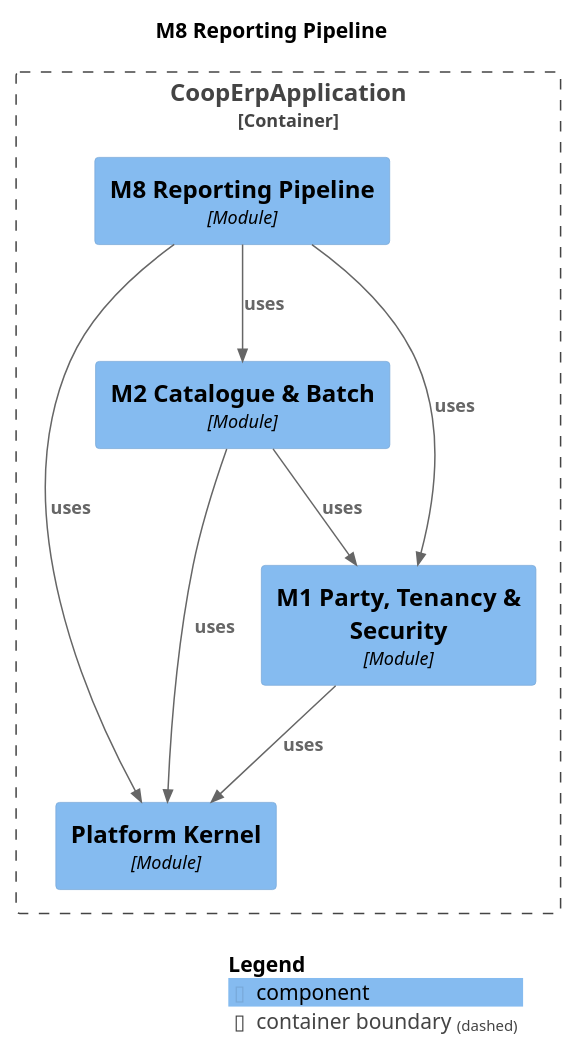
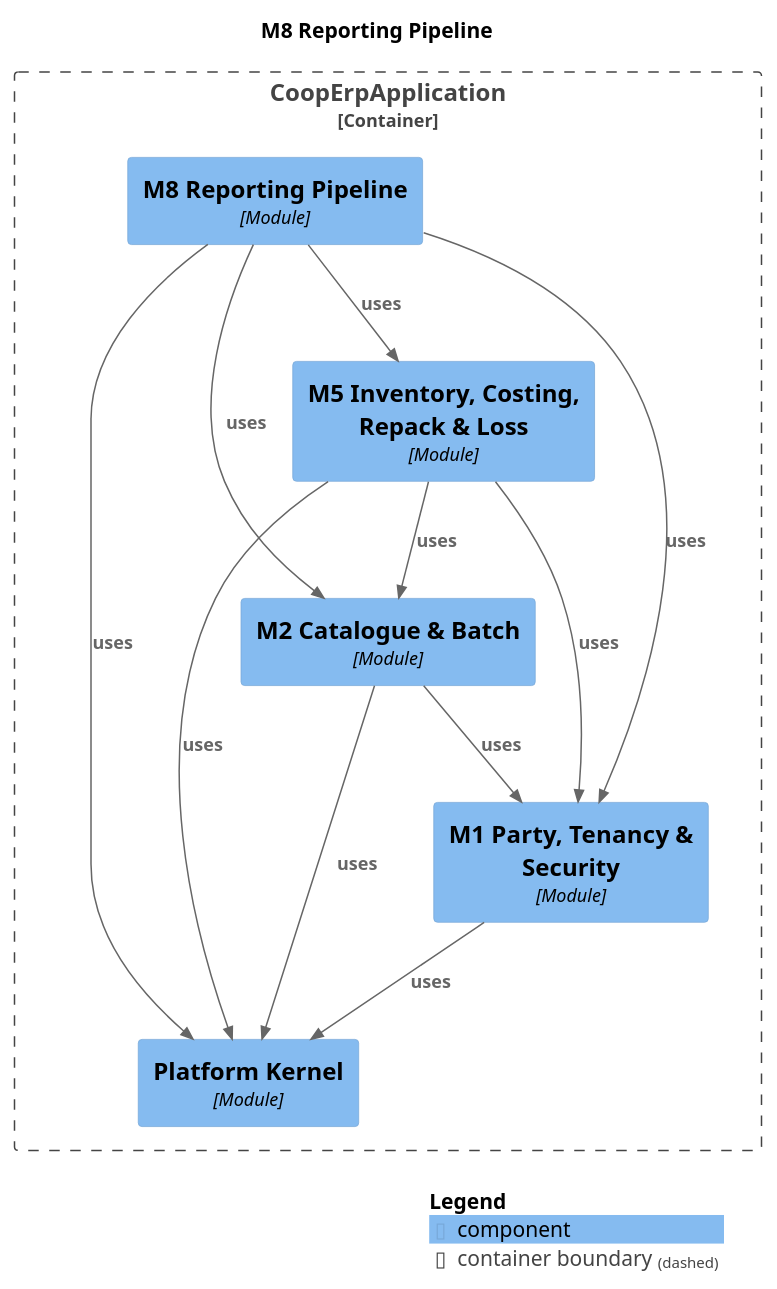
One commit to Knoweb/COOP_ERP changed the diagram in docs/modules/module-m8reporting.puml. Above: the diagram before and after it, drawn with PlantUML. The commit also changed 42 other files, not shown here.

```diff
--- a/docs/modules/module-m8reporting.puml
+++ b/docs/modules/module-m8reporting.puml
@@ -1,26 +1,31 @@
 @startuml
 set separator none
 title M8 Reporting Pipeline
 
 top to bottom direction
 
 !include <C4/C4>
 !include <C4/C4_Context>
 !include <C4/C4_Component>
 
 Container_Boundary("CoopErpApplication.CoopErpApplication_boundary", "CoopErpApplication", $tags="") {
+  Component(CoopErpApplication.CoopErpApplication.M5InventoryCostingRepackLoss, "M5 Inventory, Costing, Repack & Loss", $techn="Module", $descr="", $tags="", $link="")
   Component(CoopErpApplication.CoopErpApplication.M8ReportingPipeline, "M8 Reporting Pipeline", $techn="Module", $descr="", $tags="", $link="")
   Component(CoopErpApplication.CoopErpApplication.PlatformKernel, "Platform Kernel", $techn="Module", $descr="", $tags="", $link="")
   Component(CoopErpApplication.CoopErpApplication.M1PartyTenancySecurity, "M1 Party, Tenancy & Security", $techn="Module", $descr="", $tags="", $link="")
   Component(CoopErpApplication.CoopErpApplication.M2CatalogueBatch, "M2 Catalogue & Batch", $techn="Module", $descr="", $tags="", $link="")
 }
 
-Rel(CoopErpApplication.CoopErpApplication.M1PartyTenancySecurity, CoopErpApplication.CoopErpApplication.PlatformKernel, "uses", $techn="", $tags="", $link="")
-Rel(CoopErpApplication.CoopErpApplication.M2CatalogueBatch, CoopErpApplication.CoopErpApplication.M1PartyTenancySecurity, "uses", $techn="", $tags="", $link="")
-Rel(CoopErpApplication.CoopErpApplication.M2CatalogueBatch, CoopErpApplication.CoopErpApplication.PlatformKernel, "uses", $techn="", $tags="", $link="")
+Rel(CoopErpApplication.CoopErpApplication.M8ReportingPipeline, CoopErpApplication.CoopErpApplication.PlatformKernel, "uses", $techn="", $tags="", $link="")
 Rel(CoopErpApplication.CoopErpApplication.M8ReportingPipeline, CoopErpApplication.CoopErpApplication.M1PartyTenancySecurity, "uses", $techn="", $tags="", $link="")
 Rel(CoopErpApplication.CoopErpApplication.M8ReportingPipeline, CoopErpApplication.CoopErpApplication.M2CatalogueBatch, "uses", $techn="", $tags="", $link="")
-Rel(CoopErpApplication.CoopErpApplication.M8ReportingPipeline, CoopErpApplication.CoopErpApplication.PlatformKernel, "uses", $techn="", $tags="", $link="")
+Rel(CoopErpApplication.CoopErpApplication.M8ReportingPipeline, CoopErpApplication.CoopErpApplication.M5InventoryCostingRepackLoss, "uses", $techn="", $tags="", $link="")
+Rel(CoopErpApplication.CoopErpApplication.M5InventoryCostingRepackLoss, CoopErpApplication.CoopErpApplication.PlatformKernel, "uses", $techn="", $tags="", $link="")
+Rel(CoopErpApplication.CoopErpApplication.M5InventoryCostingRepackLoss, CoopErpApplication.CoopErpApplication.M2CatalogueBatch, "uses", $techn="", $tags="", $link="")
+Rel(CoopErpApplication.CoopErpApplication.M5InventoryCostingRepackLoss, CoopErpApplication.CoopErpApplication.M1PartyTenancySecurity, "uses", $techn="", $tags="", $link="")
+Rel(CoopErpApplication.CoopErpApplication.M2CatalogueBatch, CoopErpApplication.CoopErpApplication.PlatformKernel, "uses", $techn="", $tags="", $link="")
+Rel(CoopErpApplication.CoopErpApplication.M2CatalogueBatch, CoopErpApplication.CoopErpApplication.M1PartyTenancySecurity, "uses", $techn="", $tags="", $link="")
+Rel(CoopErpApplication.CoopErpApplication.M1PartyTenancySecurity, CoopErpApplication.CoopErpApplication.PlatformKernel, "uses", $techn="", $tags="", $link="")
 
 SHOW_LEGEND(true)
 @enduml
```
